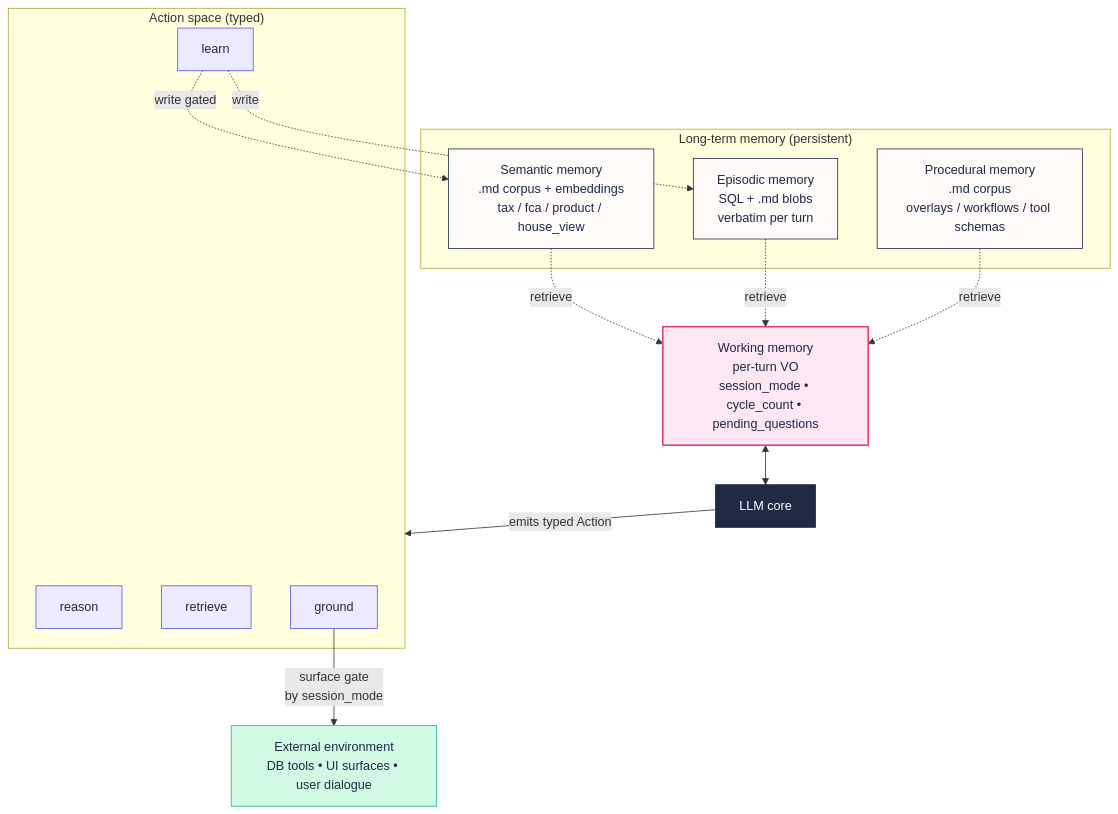
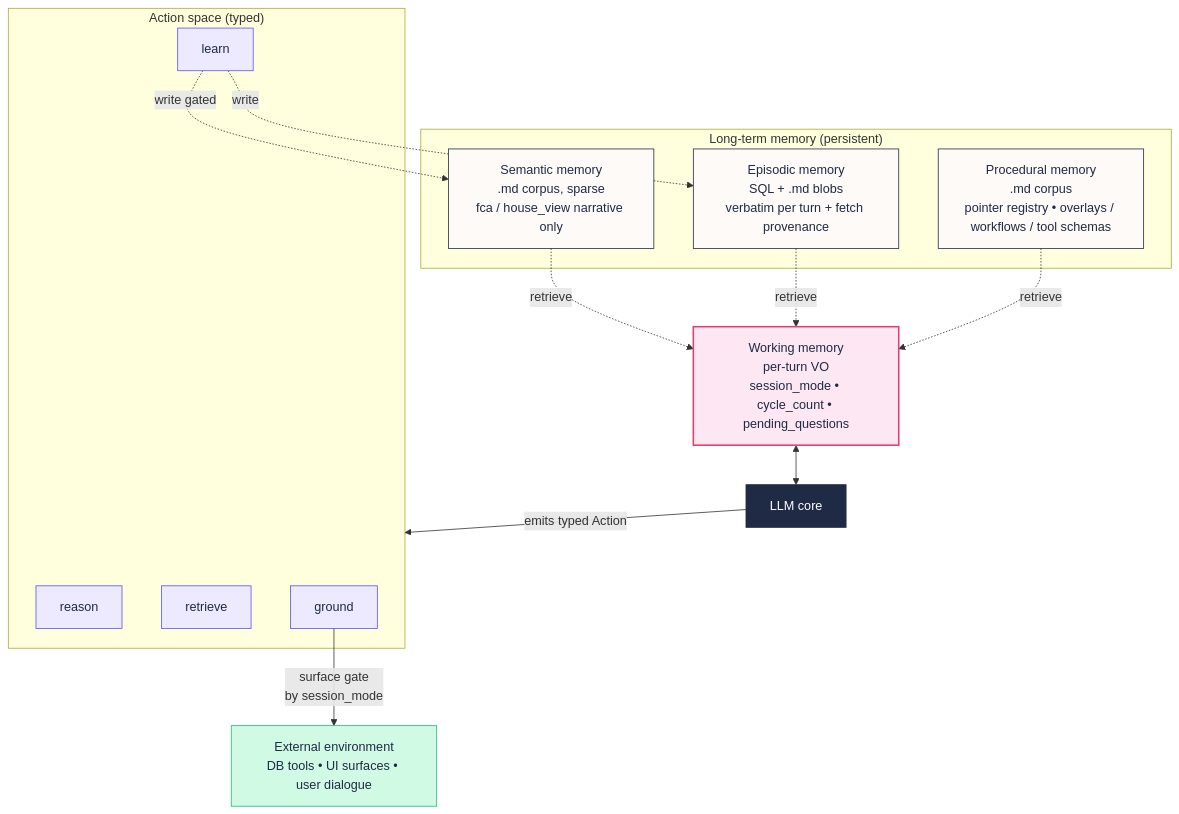
Before and after one commit to Stoff73/fynla: the first of 6 diagrams in fynla-coala-implementation-plan.md, drawn with Mermaid. The commit also changed other lines of this file and 5 other files, not shown here.

First line of the commit message:
docs(coala): v0.5 canonical amendment — procedural pointer registry; memory holds pointers, not copies

````diff
--- a/fynla-coala-implementation-plan.md
+++ b/fynla-coala-implementation-plan.md
@@ -69,41 +80,41 @@
 ```mermaid
 flowchart TB
   classDef longterm fill:#FDFAF7,stroke:#1F2A44,stroke-width:1px,color:#1F2A44
   classDef working fill:#FCE7F3,stroke:#E83E6D,stroke-width:2px,color:#1F2A44
   classDef llm fill:#1F2A44,stroke:#1F2A44,color:#FFFFFF
   classDef action fill:#EDE9FE,stroke:#5854E6,stroke-width:1px,color:#1F2A44
   classDef external fill:#D1FAE5,stroke:#20B486,stroke-width:1px,color:#1F2A44
 
   subgraph LT["Long-term memory (persistent)"]
-    Sem[Semantic memory<br/>.md corpus + embeddings<br/>tax / fca / product / house_view]
-    Epi[Episodic memory<br/>SQL + .md blobs<br/>verbatim per turn]
-    Proc[Procedural memory<br/>.md corpus<br/>overlays / workflows / tool schemas]
+    Sem[Semantic memory<br/>.md corpus, sparse<br/>fca / house_view narrative only]
+    Epi[Episodic memory<br/>SQL + .md blobs<br/>verbatim per turn + fetch provenance]
+    Proc[Procedural memory<br/>.md corpus<br/>pointer registry • overlays / workflows / tool schemas]
   end
 
   WM[Working memory<br/>per-turn VO<br/>session_mode • cycle_count • pending_questions]
   LLM[LLM core]
 
   subgraph AS["Action space (typed)"]
     Reason[reason]
     Retrieve[retrieve]
     Learn[learn]
     Ground[ground]
   end
 
   Ext[External environment<br/>DB tools • UI surfaces • user dialogue]
 
   Sem -.retrieve.-> WM
   Epi -.retrieve.-> WM
   Proc -.retrieve.-> WM
   WM <--> LLM
   LLM -->|emits typed Action| AS
   Learn -.write.-> Epi
   Learn -.write gated.-> Sem
   Ground -->|surface gate<br/>by session_mode| Ext
 
   class Sem,Epi,Proc longterm
   class WM working
   class LLM llm
   class Reason,Retrieve,Learn,Ground action
   class Ext external
 ```
````
